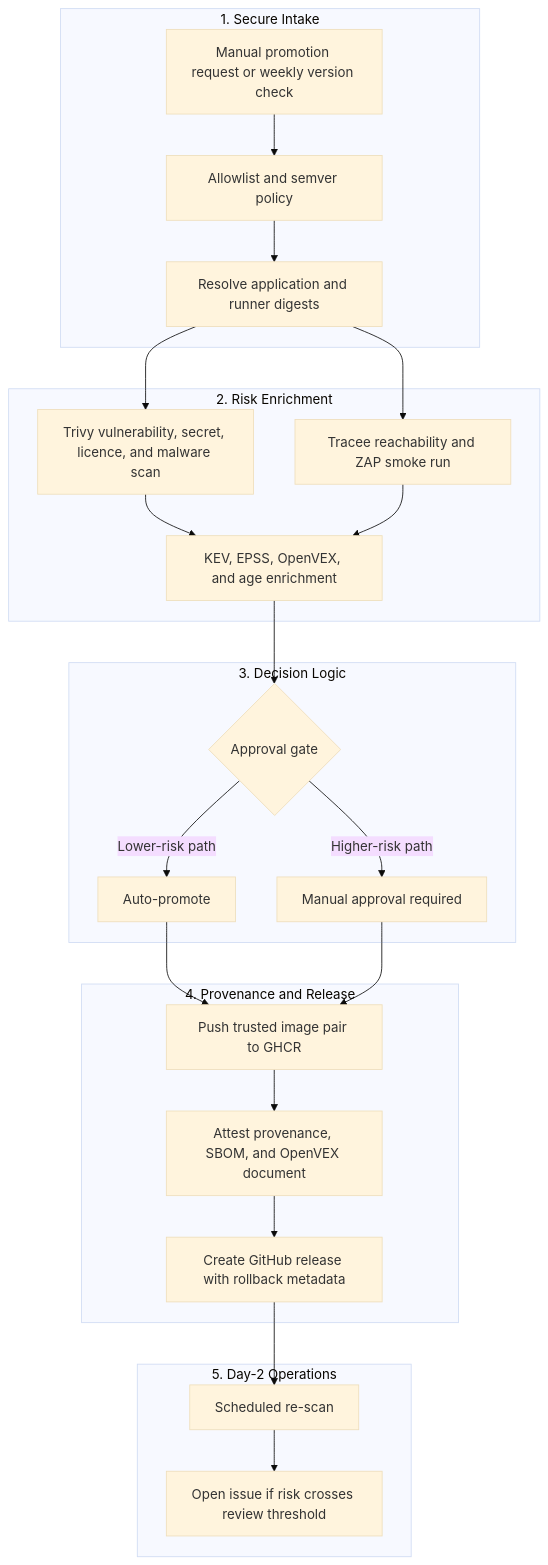
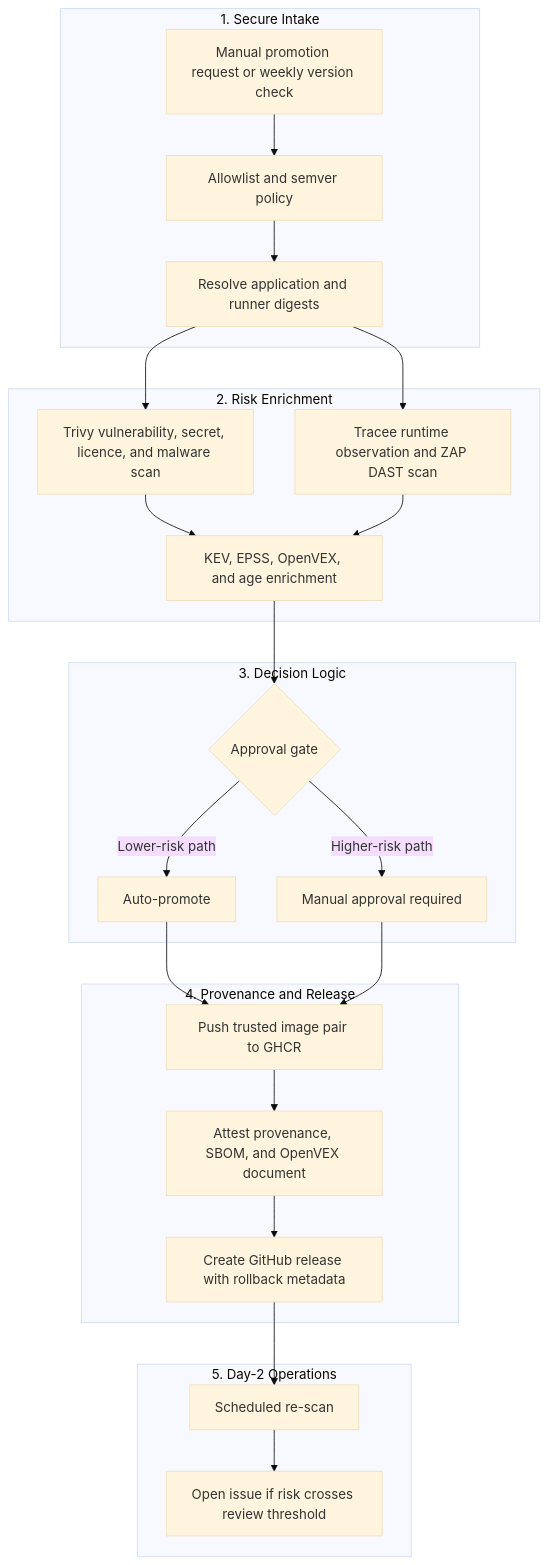
Before and after one commit to llody9977/artifactgate: the diagram in docs/architecture-and-trust.md, drawn with Mermaid (base theme). The commit also changed 3 other files, not shown here.

Commit message:
feat: add detailed end-to-end workflows and visual diagrams to site, readme, and docs (#37)

````diff
--- a/docs/architecture-and-trust.md
+++ b/docs/architecture-and-trust.md
@@ -56,32 +56,32 @@
 ```mermaid
 flowchart TD
     subgraph Intake["1. Secure Intake"]
         A["Manual promotion request or weekly version check"] --> B["Allowlist and semver policy"]
         B --> C["Resolve application and runner digests"]
     end
 
     subgraph Analysis["2. Risk Enrichment"]
         C --> D["Trivy vulnerability, secret, licence, and malware scan"]
-        C --> E["Tracee reachability and ZAP smoke run"]
+        C --> E["Tracee runtime observation and ZAP DAST scan"]
         D --> F["KEV, EPSS, OpenVEX, and age enrichment"]
         E --> F
     end
 
     subgraph Gate["3. Decision Logic"]
         F --> G{"Approval gate"}
         G -->|Lower-risk path| H["Auto-promote"]
         G -->|Higher-risk path| I["Manual approval required"]
     end
 
     subgraph Trust["4. Provenance and Release"]
         H --> J["Push trusted image pair to GHCR"]
         I --> J
         J --> K["Attest provenance, SBOM, and OpenVEX document"]
         K --> L["Create GitHub release with rollback metadata"]
     end
 
     subgraph Monitor["5. Day-2 Operations"]
         L --> M["Scheduled re-scan"]
         M --> N["Open issue if risk crosses review threshold"]
     end
 ```
````
